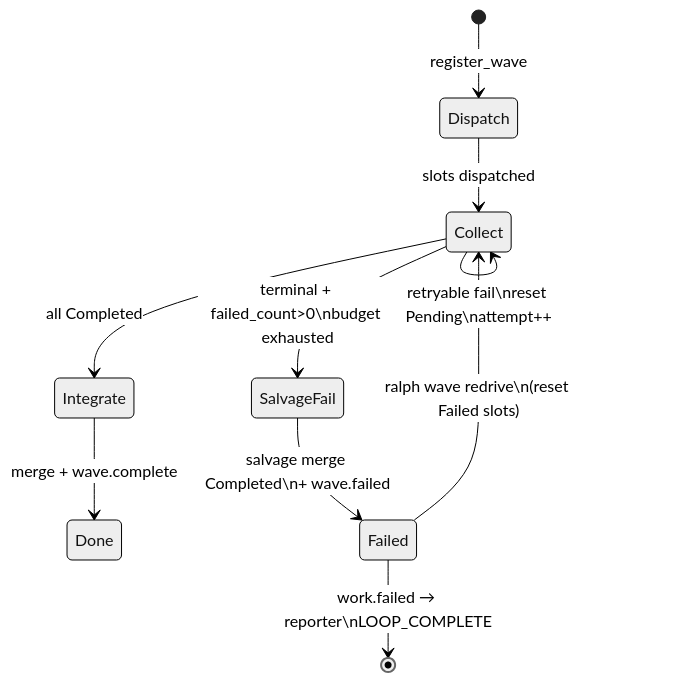
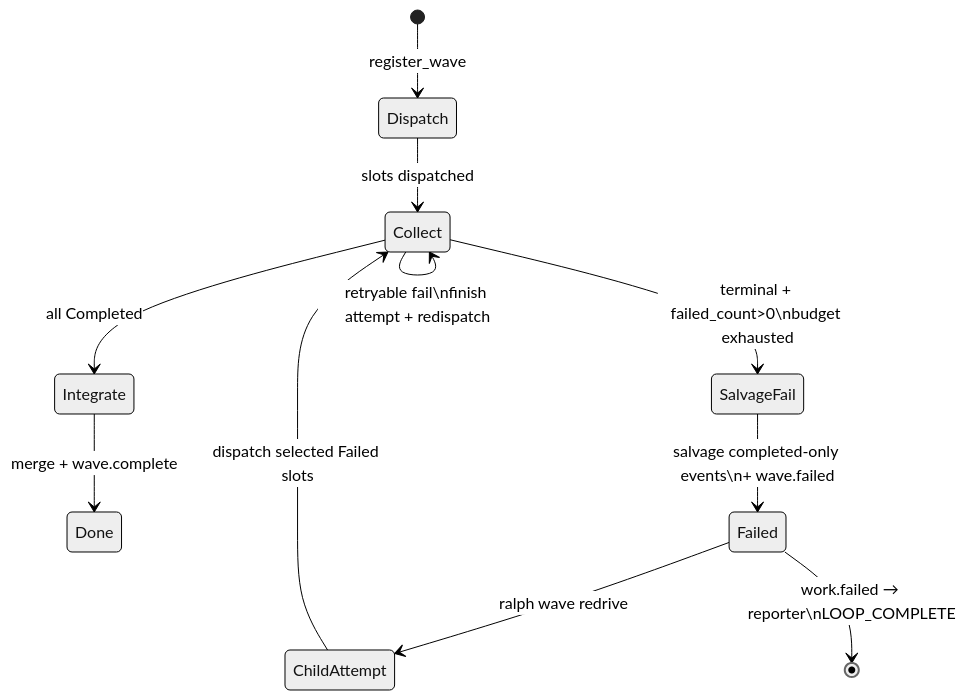
One commit to pittcat/ralph-orchestrator changed the first of 2 diagrams in docs/plans/2026-07-25-005-fix-supervisor-slot-activity-salvage-redrive-plan.md. Above: the diagram before and after it, drawn with Mermaid (neutral theme). The commit also changed other lines of this file and 1 other file, not shown here.

````diff
--- a/docs/plans/2026-07-25-005-fix-supervisor-slot-activity-salvage-redrive-plan.md
+++ b/docs/plans/2026-07-25-005-fix-supervisor-slot-activity-salvage-redrive-plan.md
@@ -141,12 +121,13 @@
 ```mermaid
 stateDiagram-v2
   [*] --> Dispatch: register_wave
   Dispatch --> Collect: slots dispatched
-  Collect --> Collect: retryable fail\nreset Pending\nattempt++
+  Collect --> Collect: retryable fail\nfinish attempt + redispatch
   Collect --> Integrate: all Completed
   Integrate --> Done: merge + wave.complete
   Collect --> SalvageFail: terminal + failed_count>0\nbudget exhausted
-  SalvageFail --> Failed: salvage merge Completed\n+ wave.failed
-  Failed --> Collect: ralph wave redrive\n(reset Failed slots)
+  SalvageFail --> Failed: salvage completed-only events\n+ wave.failed
+  Failed --> ChildAttempt: ralph wave redrive
+  ChildAttempt --> Collect: dispatch selected Failed slots
   Failed --> [*]: work.failed → reporter\nLOOP_COMPLETE
 ```
````
